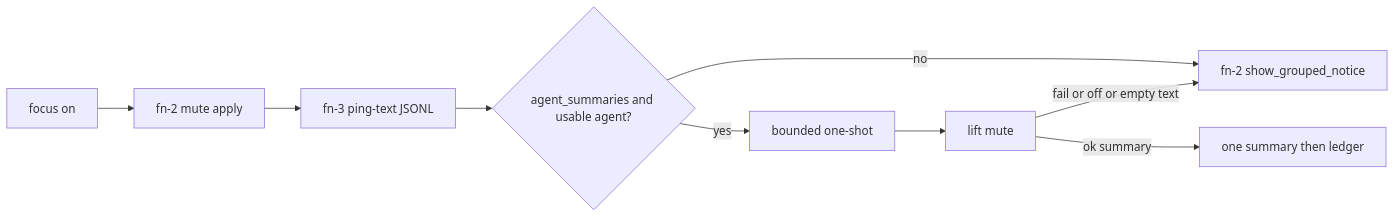
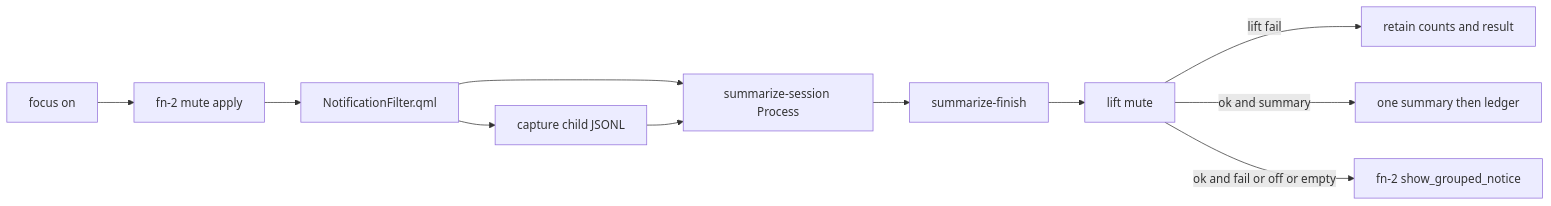
One commit to DanielKillenberger/omarchy-distraction-space changed the diagram in .flow/specs/fn-3-focus-mode-agent-notification-summary.md. Above: the diagram before and after it, drawn with Mermaid. The commit also changed other lines of this file and 12 other files, not shown here.

````diff
--- a/.flow/specs/fn-3-focus-mode-agent-notification-summary.md
+++ b/.flow/specs/fn-3-focus-mode-agent-notification-summary.md
@@ -79,11 +92,13 @@
 ```mermaid
 flowchart LR
   FocusOn[focus on] --> Mute[fn-2 mute apply]
-  Mute --> Cap[fn-3 ping-text JSONL]
-  Cap --> Gate{agent_summaries and usable agent?}
-  Gate -->|no| Count[fn-2 show_grouped_notice]
-  Gate -->|yes| Shot[bounded one-shot]
-  Shot --> Lift[lift mute]
-  Lift -->|ok summary| One[one summary then ledger]
-  Lift -->|fail or off or empty text| Count
+  Mute --> Svc[NotificationFilter.qml]
+  Svc --> Cap[capture child JSONL]
+  Svc --> Sess[summarize-session Process]
+  Cap --> Sess
+  Sess --> Off[summarize-finish]
+  Off --> Lift[lift mute]
+  Lift -->|lift fail| Keep[retain counts and result]
+  Lift -->|ok and summary| One[one summary then ledger]
+  Lift -->|ok and fail or off or empty| Count[fn-2 show_grouped_notice]
 ```
````
